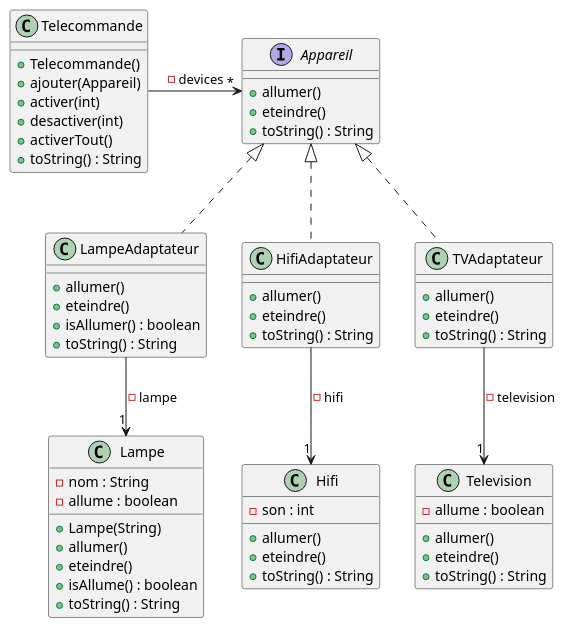
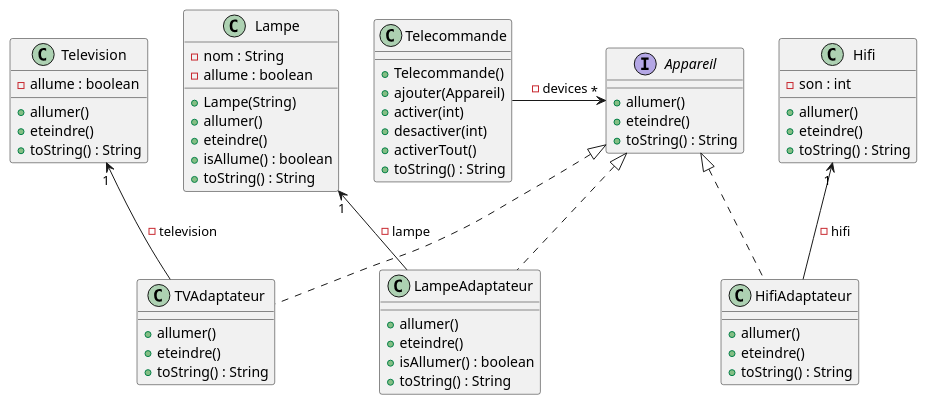
The diagram in TD7/ressource/diagramClasse.puml (Hugo-COLLIN/BUT_S2_COO_domotique), drawn with PlantUML before and after one commit.

Commit message:
Mise en forme plantuml

```diff
--- a/TD7/ressource/diagramClasse.puml
+++ b/TD7/ressource/diagramClasse.puml
@@ -1,74 +1,74 @@
 @startuml
 
-class Lampe {
+class Telecommande {
+    + Telecommande()
+    + ajouter(Appareil)
+    + activer(int)
+    + desactiver(int)
+    + activerTout()
+    + toString() : String
+}
+
+interface Appareil{
+    + allumer()
+    + eteindre()
+    + toString() : String
+}
+
+class Lampe{
     - nom : String
     - allume : boolean
     + Lampe(String)
     + allumer()
     + eteindre()
     + isAllume() : boolean
     + toString() : String
 }
 
 class Hifi {
     - son : int
     + allumer()
     + eteindre()
     + toString() : String
 }
 
-class Telecommande {
-    + Telecommande()
-    + ajouter(Appareil)
-    + activer(int)
-    + desactiver(int)
-    + activerTout()
-    + toString() : String
-}
-
 class Television {
     - allume : boolean
-    + allumer()
-    + eteindre()
-    + toString() : String
-}
-
-interface Appareil{
     + allumer()
     + eteindre()
     + toString() : String
 }
 
 class LampeAdaptateur{
     + allumer()
     + eteindre()
     + isAllumer() : boolean
     + toString() : String
 }
 
 class HifiAdaptateur{
     + allumer()
     + eteindre()
     + toString() : String
 }
 
 class TVAdaptateur{
     + allumer()
     + eteindre()
     + toString() : String
 }
 Telecommande -right-> "*" Appareil : - devices
 
-LampeAdaptateur .up.|> Appareil
+Appareil <|.. LampeAdaptateur
 HifiAdaptateur .up.|> Appareil
 TVAdaptateur .up.|> Appareil
 
 
-LampeAdaptateur -down-> "1" Lampe :  - lampe
-HifiAdaptateur -down-> "1" Hifi : - hifi
-TVAdaptateur -down-> "1" Television : - television
+LampeAdaptateur -up-> "1" Lampe :  - lampe
+HifiAdaptateur -up-> "1" Hifi : - hifi
+TVAdaptateur -up-> "1" Television : - television
 
 
 
 
 @enduml
```
